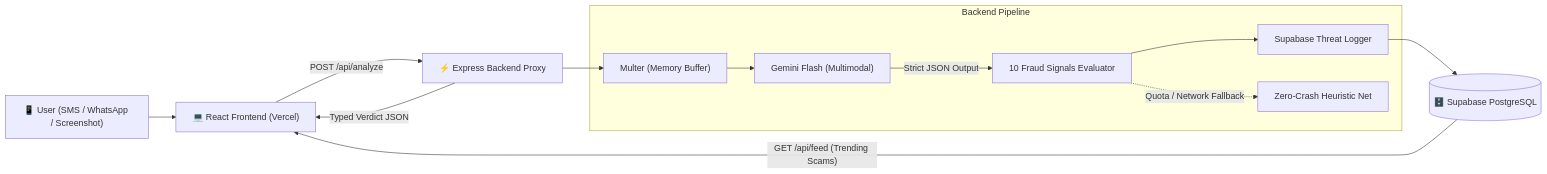
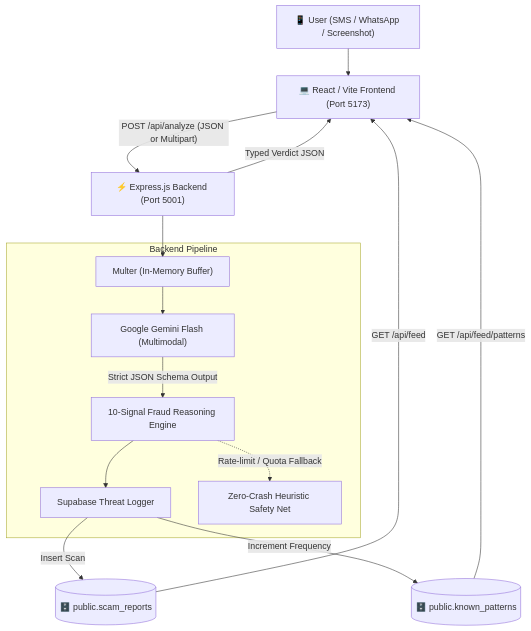
Before and after one commit to anshulgarg1133/ScamShield: the diagram in Readme.md, drawn with Mermaid. The commit also changed other lines of this file, not shown here.

Commit message:
docs: comprehensive README with setup, architecture, and API reference

````diff
--- a/Readme.md
+++ b/Readme.md
@@ -21,17 +29,19 @@
 ```mermaid
-flowchart LR
-    User["📱 User (SMS / WhatsApp / Screenshot)"] --> Frontend["💻 React Frontend (Vercel)"]
-    Frontend -->|"POST /api/analyze"| Express["⚡ Express Backend Proxy"]
+flowchart TD
+    User["📱 User (SMS / WhatsApp / Screenshot)"] --> Frontend["💻 React / Vite Frontend (Port 5173)"]
+    Frontend -->|"POST /api/analyze (JSON or Multipart)"| Express["⚡ Express.js Backend (Port 5001)"]
     
     subgraph Backend Pipeline
-        Multer["Multer (Memory Buffer)"] --> Gemini["Gemini Flash (Multimodal)"]
-        Gemini -->|"Strict JSON Output"| SignalEngine["10 Fraud Signals Evaluator"]
+        Multer["Multer (In-Memory Buffer)"] --> Gemini["Google Gemini Flash (Multimodal)"]
+        Gemini -->|"Strict JSON Schema Output"| SignalEngine["10-Signal Fraud Reasoning Engine"]
         SignalEngine --> Logger["Supabase Threat Logger"]
-        SignalEngine -.->|"Quota / Network Fallback"| SafetyNet["Zero-Crash Heuristic Net"]
+        SignalEngine -.->|"Rate-limit / Quota Fallback"| Fallback["Zero-Crash Heuristic Safety Net"]
     end
     
     Express --> Multer
-    Logger --> SupaDB[("🗄️ Supabase PostgreSQL")]
+    Logger -->|"Insert Scan"| SupaReports[("🗄️ public.scam_reports")]
+    Logger -->|"Increment Frequency"| SupaPatterns[("🗄️ public.known_patterns")]
     Express -->|"Typed Verdict JSON"| Frontend
-    SupaDB -->|"GET /api/feed (Trending Scams)"| Frontend
+    SupaReports -->|"GET /api/feed"| Frontend
+    SupaPatterns -->|"GET /api/feed/patterns"| Frontend
 ```
````
